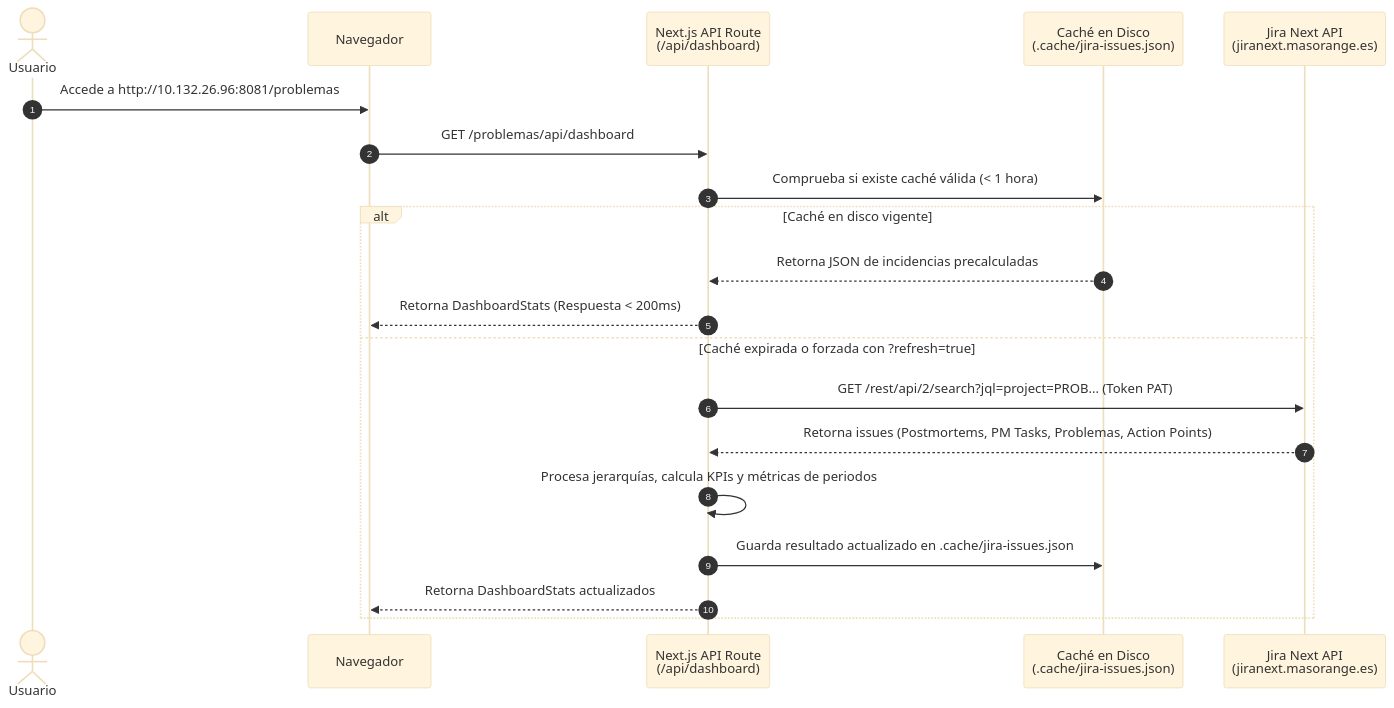
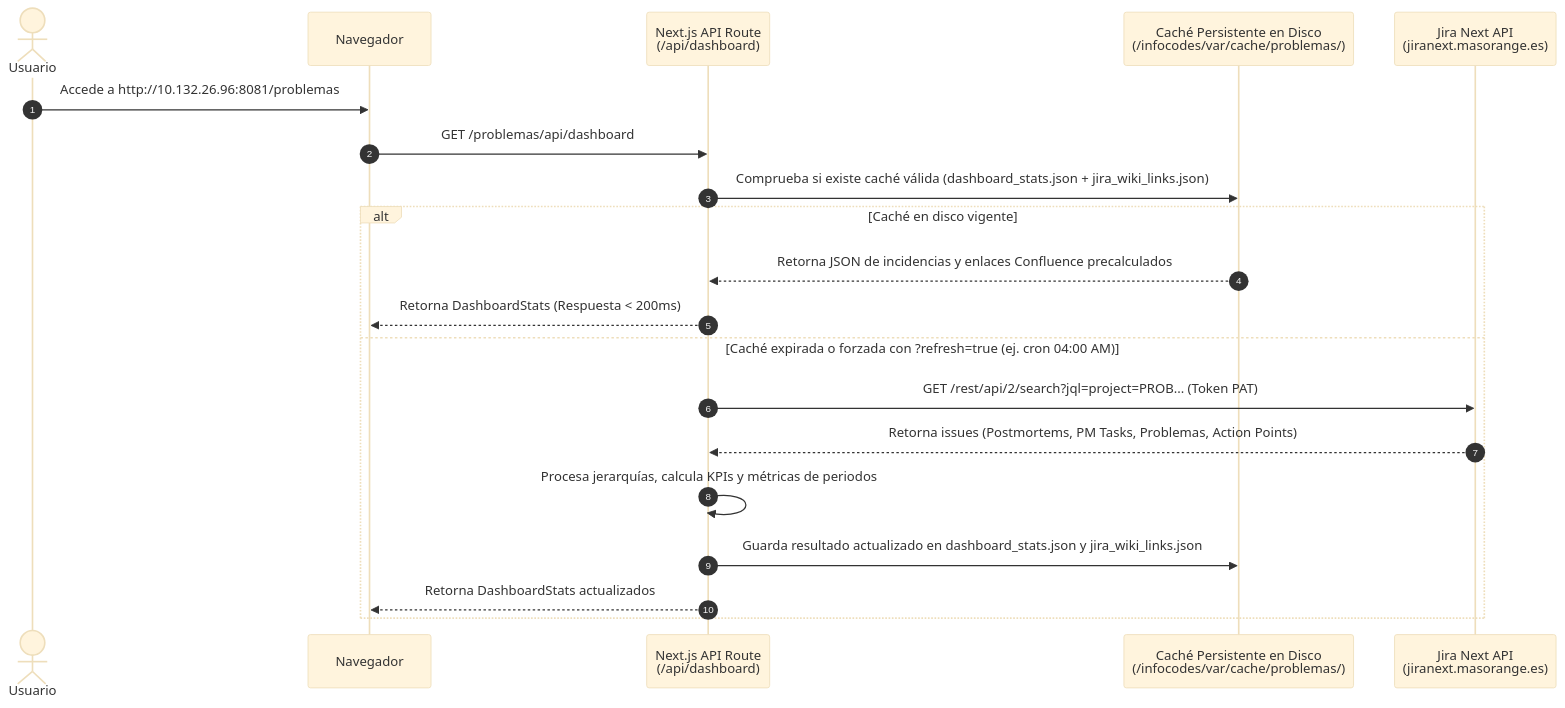
Before and after one commit to jfdelafuente/gestion-problemas-dashboard: the third of 3 diagrams in ARCHITECTURE.md, drawn with Mermaid (base theme). The commit also changed other lines of this file and 12 other files, not shown here.

Commit message:
feat(ui,cache): align Portal Shell topbar with live status badge, enable resilient stale-while-revalidate caching, and update architecture docs

````diff
--- a/ARCHITECTURE.md
+++ b/ARCHITECTURE.md
@@ -198,24 +219,24 @@
 ```mermaid
 sequenceDiagram
     autonumber
     actor User as Usuario
     participant Browser as Navegador
     participant NextApi as Next.js API Route<br/>(/api/dashboard)
-    participant Cache as Caché en Disco<br/>(.cache/jira-issues.json)
+    participant Cache as Caché Persistente en Disco<br/>(/infocodes/var/cache/problemas/)
     participant Jira as Jira Next API<br/>(jiranext.masorange.es)
 
     User->>Browser: Accede a http://10.132.26.96:8081/problemas
     Browser->>NextApi: GET /problemas/api/dashboard
 
-    NextApi->>Cache: Comprueba si existe caché válida (< 1 hora)
+    NextApi->>Cache: Comprueba si existe caché válida (dashboard_stats.json + jira_wiki_links.json)
     alt Caché en disco vigente
-        Cache-->>NextApi: Retorna JSON de incidencias precalculadas
+        Cache-->>NextApi: Retorna JSON de incidencias y enlaces Confluence precalculados
         NextApi-->>Browser: Retorna DashboardStats (Respuesta < 200ms)
-    else Caché expirada o forzada con ?refresh=true
+    else Caché expirada o forzada con ?refresh=true (ej. cron 04:00 AM)
         NextApi->>Jira: GET /rest/api/2/search?jql=project=PROB... (Token PAT)
         Jira-->>NextApi: Retorna issues (Postmortems, PM Tasks, Problemas, Action Points)
         NextApi->>NextApi: Procesa jerarquías, calcula KPIs y métricas de periodos
-        NextApi->>Cache: Guarda resultado actualizado en .cache/jira-issues.json
+        NextApi->>Cache: Guarda resultado actualizado en dashboard_stats.json y jira_wiki_links.json
         NextApi-->>Browser: Retorna DashboardStats actualizados
     end
 ```
````
